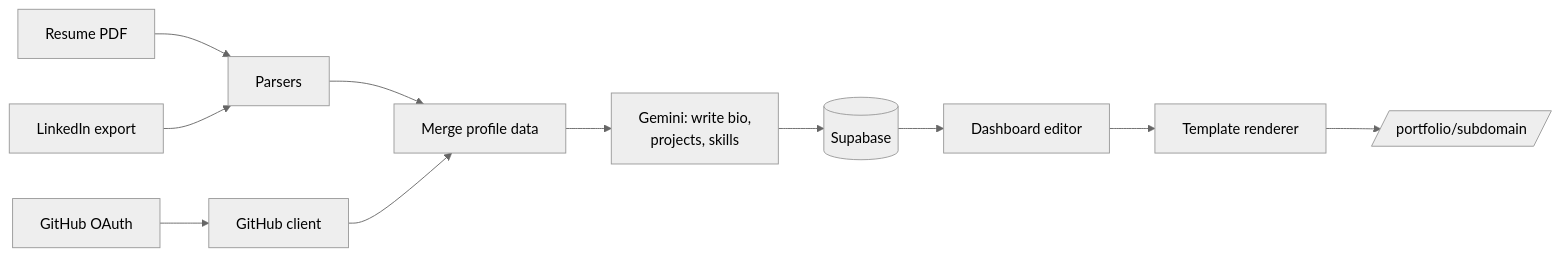
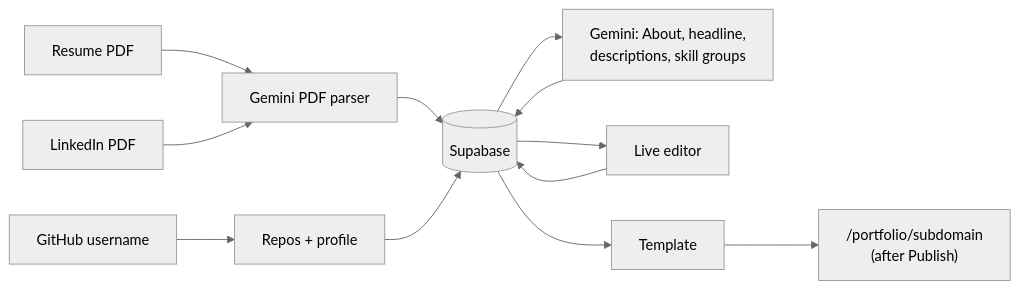
The diagram in README.md (pradeep23234545/portfolio-from-resume), drawn with Mermaid (neutral theme) before and after one commit. The commit also changed other lines of this file and 16 other files, not shown here.

````diff
--- a/README.md
+++ b/README.md
@@ -162,13 +182,14 @@
 ```mermaid
 flowchart LR
-    A[Resume PDF] --> P[Parsers]
-    B[GitHub OAuth] --> G[GitHub client]
-    C[LinkedIn export] --> P
-    P --> M[Merge profile data]
-    G --> M
-    M --> AI[Gemini: write bio,<br/>projects, skills]
-    AI --> DB[(Supabase)]
-    DB --> E[Dashboard editor]
-    E --> T[Template renderer]
-    T --> W[/portfolio/subdomain/]
+    A[Resume PDF] --> P[Gemini PDF parser]
+    C[LinkedIn PDF] --> P
+    B[GitHub username] --> G[Repos + profile]
+    P --> DB[(Supabase)]
+    G --> DB
+    DB --> AI[Gemini: About, headline,<br/>descriptions, skill groups]
+    AI --> DB
+    DB --> E[Live editor]
+    E --> DB
+    DB --> T[Template]
+    T --> W["/portfolio/subdomain<br/>(after Publish)"]
 ```
````
